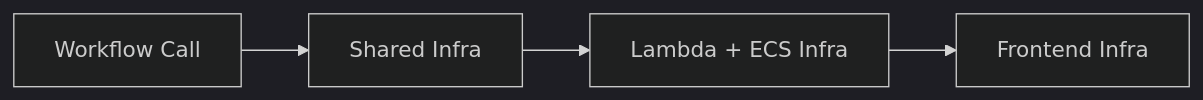
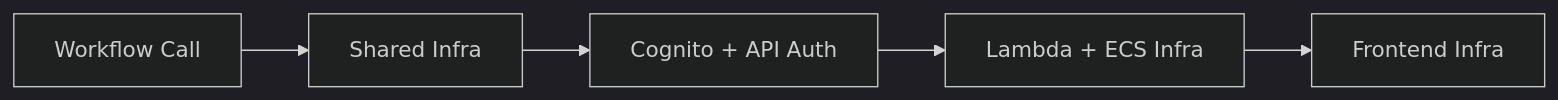
Before and after one commit to chrispsheehan/aws-serverless-github-deploy: the fourth of 8 diagrams in docs/ci/README.md, drawn with Mermaid (dark theme). The commit also changed other lines of this file and 43 other files, not shown here.

First line of the commit message:
feat: api auth (#33)

````diff
--- a/docs/ci/README.md
+++ b/docs/ci/README.md
@@ -99,6 +126,7 @@
 ```mermaid
 flowchart LR
   call["Workflow Call"] --> shared["Shared Infra"]
-  shared --> runtimes["Lambda + ECS Infra"]
+  shared --> auth["Cognito + API Auth"]
+  auth --> runtimes["Lambda + ECS Infra"]
   runtimes --> frontend["Frontend Infra"]
 ```
````
